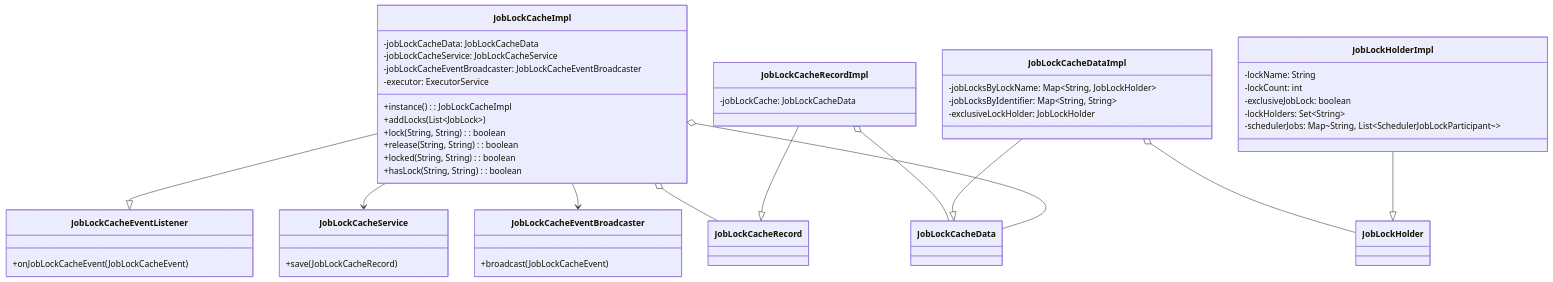
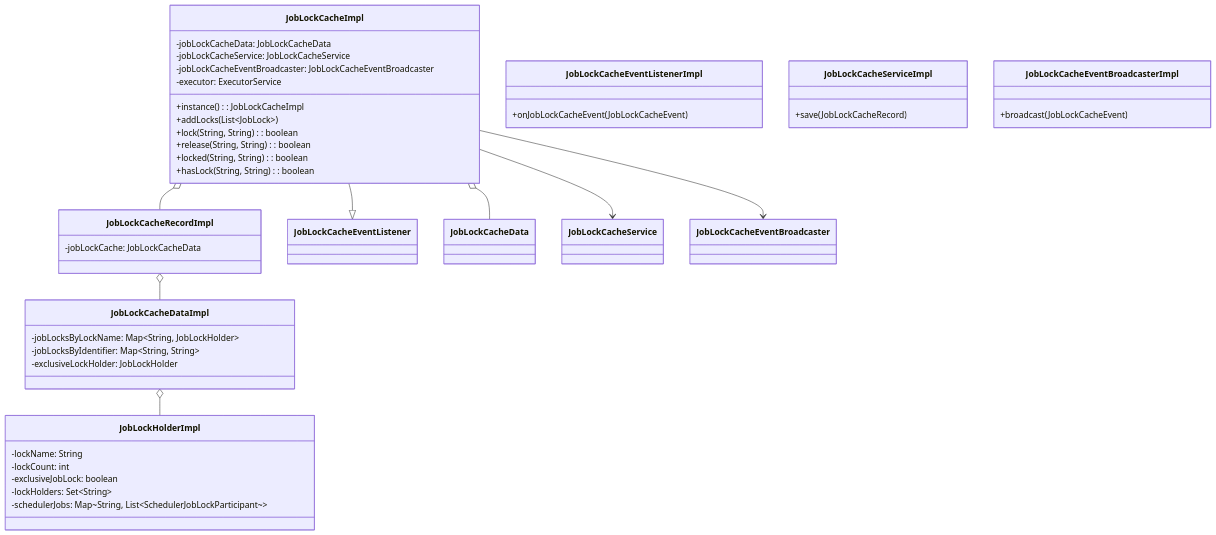
Before and after one commit to ikasanEIP/ikasan: the diagram in ikasaneip/visualisation/ikasan-scheduler/dashboard/job-lock-cache/README.md, drawn with Mermaid.

Commit message:
IKASAN-2617 tidying up diagram

````diff
--- a/ikasaneip/visualisation/ikasan-scheduler/dashboard/job-lock-cache/README.md
+++ b/ikasaneip/visualisation/ikasan-scheduler/dashboard/job-lock-cache/README.md
@@ -9,66 +9,54 @@
 ```mermaid
 classDiagram
     class JobLockCacheImpl {
         -jobLockCacheData: JobLockCacheData
         -jobLockCacheService: JobLockCacheService
         -jobLockCacheEventBroadcaster: JobLockCacheEventBroadcaster
         -executor: ExecutorService
         +instance(): JobLockCacheImpl
         +addLocks(List~JobLock~)
         +lock(String, String): boolean
         +release(String, String): boolean
         +locked(String, String): boolean
         +hasLock(String, String): boolean
     }
 
     class JobLockCacheDataImpl {
         -jobLocksByLockName: Map~String, JobLockHolder~
         -jobLocksByIdentifier: Map~String, String~
         -exclusiveLockHolder: JobLockHolder
     }
 
     class JobLockHolderImpl {
         -lockName: String
         -lockCount: int
         -exclusiveJobLock: boolean
         -lockHolders: Set~String~
         -schedulerJobs: Map~String, List~SchedulerJobLockParticipant~~
     }
     
     class JobLockCacheRecordImpl {
         -jobLockCache: JobLockCacheData
     }
 
 
-    class JobLockCacheEventListener {
+    class JobLockCacheEventListenerImpl {
         +onJobLockCacheEvent(JobLockCacheEvent)
     }
-
-    class JobLockCacheData {
-    }
-
-    class JobLockHolder {
-    }
-    
-    class JobLockCacheRecord {
-    }
-
-    class JobLockCacheService {
+   
+    class JobLockCacheServiceImpl {
         +save(JobLockCacheRecord)
     }
     
-    class JobLockCacheEventBroadcaster {
+    class JobLockCacheEventBroadcasterImpl {
         +broadcast(JobLockCacheEvent)
     }
 
     JobLockCacheImpl --|> JobLockCacheEventListener
     JobLockCacheImpl o-- JobLockCacheData
     JobLockCacheImpl --> JobLockCacheService
     JobLockCacheImpl --> JobLockCacheEventBroadcaster
-    JobLockCacheDataImpl --|> JobLockCacheData
-    JobLockHolderImpl --|> JobLockHolder
-    JobLockCacheRecordImpl --|> JobLockCacheRecord
-    JobLockCacheImpl o-- JobLockCacheRecord
-    JobLockCacheRecordImpl o-- JobLockCacheData
-    JobLockCacheDataImpl o-- JobLockHolder
+    JobLockCacheImpl o-- JobLockCacheRecordImpl
+    JobLockCacheRecordImpl o-- JobLockCacheDataImpl
+    JobLockCacheDataImpl o-- JobLockHolderImpl
 ```
````
